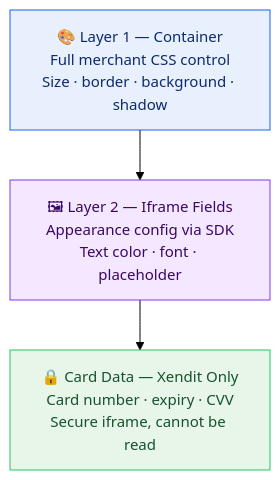
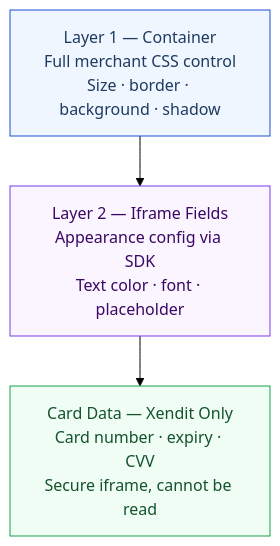
Before and after one commit to sabiqovsky/clm-components-guide: the diagram in content/07-styling.md, drawn with Mermaid (forest theme). The commit also changed 9 other files, not shown here.

First line of the commit message:
fix: WCAG-compliant Mermaid diagrams, no dark backgrounds

````diff
--- a/content/07-styling.md
+++ b/content/07-styling.md
@@ -5,12 +5,12 @@
 ```mermaid
 flowchart TD
-    A["🎨 Layer 1 — Container\nFull merchant CSS control\nSize · border · background · shadow"]
-    B["🖼 Layer 2 — Iframe Fields\nAppearance config via SDK\nText color · font · placeholder"]
-    C["🔒 Card Data — Xendit Only\nCard number · expiry · CVV\nSecure iframe, cannot be read"]
+    A["Layer 1 — Container\nFull merchant CSS control\nSize · border · background · shadow"]
+    B["Layer 2 — Iframe Fields\nAppearance config via SDK\nText color · font · placeholder"]
+    C["Card Data — Xendit Only\nCard number · expiry · CVV\nSecure iframe, cannot be read"]
 
     A --> B --> C
 
-    style A fill:#e8f0fe,stroke:#1762ee,color:#0d2a6b,font-size:15px
-    style B fill:#f3e8ff,stroke:#7c3aed,color:#3b0764,font-size:15px
-    style C fill:#e8f5e9,stroke:#22c55e,color:#14532d,font-size:15px
+    style A fill:#eff6ff,stroke:#1d4ed8,color:#1e3a5f
+    style B fill:#faf5ff,stroke:#7c3aed,color:#3b0764
+    style C fill:#f0fdf4,stroke:#16a34a,color:#14532d
 ```
````
